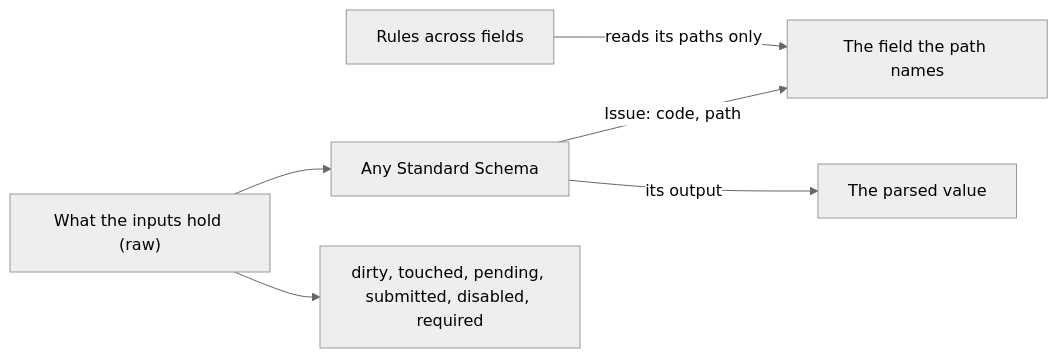
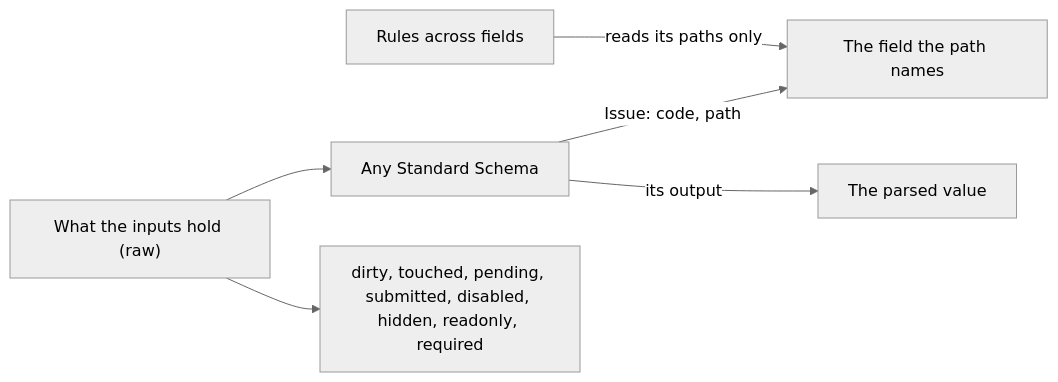
One commit to Eoth/yaltaan changed the diagram in docs/guide/en/form.md. Above: the diagram before and after it, drawn with Mermaid (neutral theme). The commit also changed other lines of this file and 23 other files, not shown here.

````diff
--- a/docs/guide/en/form.md
+++ b/docs/guide/en/form.md
@@ -9,8 +9,8 @@
 ```mermaid
 flowchart LR
   input["What the inputs hold (raw)"] --> schema["Any Standard Schema"]
   schema -->|"Issue: code, path"| field["The field the path names"]
   schema -->|"its output"| parsed["The parsed value"]
   rules["Rules across fields"] -->|"reads its paths only"| field
-  input --> states["dirty, touched, pending, submitted, disabled, required"]
+  input --> states["dirty, touched, pending, submitted, disabled, hidden, readonly, required"]
 ```
````
